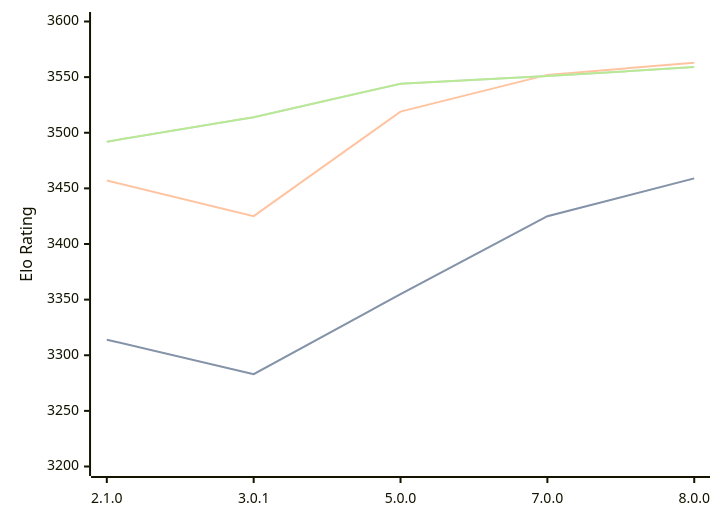
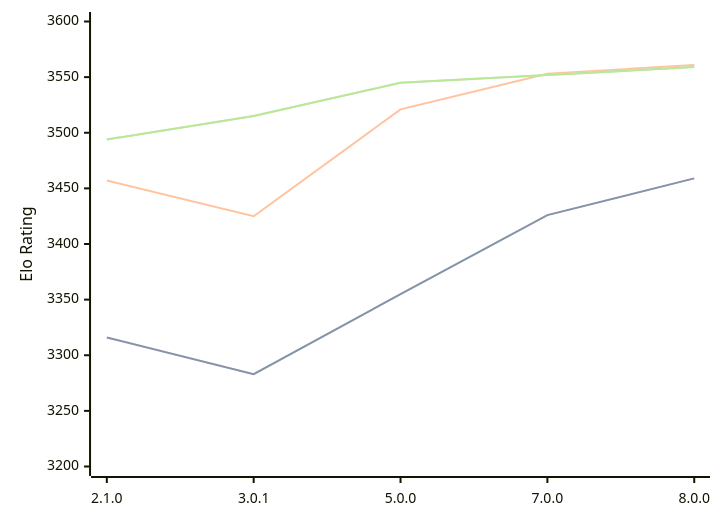
One commit to computer-chess-index/cci changed the diagram in engines/PlentyChess.md. Above: the diagram before and after it, drawn with Mermaid. The commit also changed other lines of this file, not shown here.

Commit message:
Update CCI Ratings (ELO VLTC) - 2026-07-25

````diff
--- a/engines/PlentyChess.md
+++ b/engines/PlentyChess.md
@@ -46,11 +46,11 @@
 ```mermaid
 %%{init: {"theme":"base","themeVariables":{"seriesColors:['#a3a3a3','#222221','#faa371']}}}%%
 xychart-beta
   x-axis ["2.1.0", "3.0.1", "5.0.0", "7.0.0", "8.0.0"]
   y-axis "Elo Rating" 3200 --> 3600
-  line "STC (8.0+0.08s)" [3314, 3283, 3355, 3425, 3459]
-  line "STC (8.0+0.08s)" [3314, 3283, 3355, 3425, 3459]
-  line "LTC (60.0+0.60s)" [3457, 3425, 3519, 3552, 3563]
-  line "VLTC (2m24s+1.12s)" [3492, 3514, 3544, 3551, 3559]
-  line "VLTC (2m24s+1.12s)" [3492, 3514, 3544, 3551, 3559]
+  line "STC (8.0+0.08s)" [3316, 3283, 3355, 3426, 3459]
+  line "STC (8.0+0.08s)" [3316, 3283, 3355, 3426, 3459]
+  line "LTC (60.0+0.60s)" [3457, 3425, 3521, 3553, 3561]
+  line "VLTC (2m24s+1.12s)" [3494, 3515, 3545, 3552, 3559]
+  line "VLTC (2m24s+1.12s)" [3494, 3515, 3545, 3552, 3559]
 ```
````
